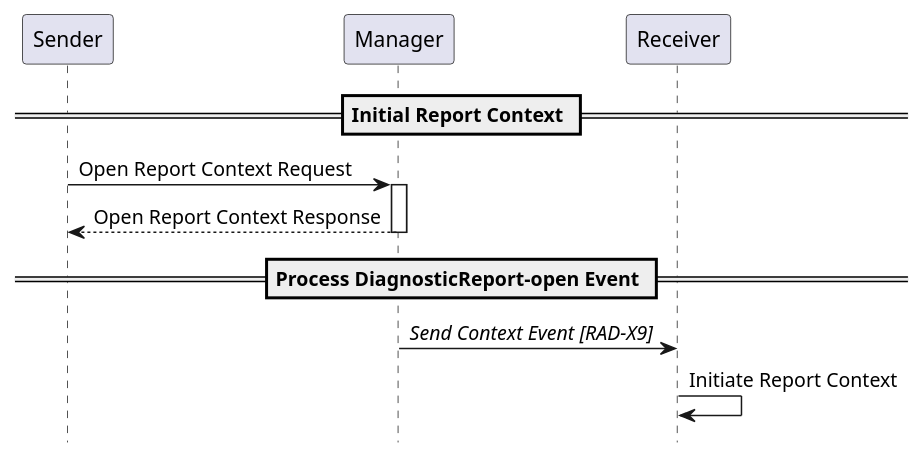
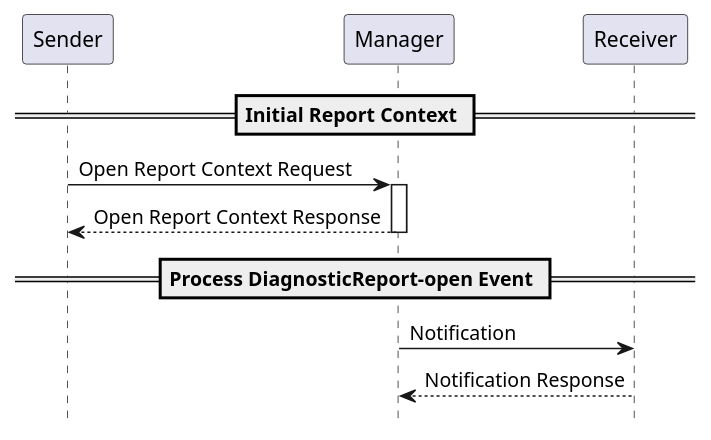
Before and after one commit to IHE/RAD.IRA: the diagram in input/images-source/rad-x3-seq.plantuml, drawn with PlantUML. The commit also changed 1 other file, not shown here.

Commit message:
Updated RAD-X3 with new structure.

```diff
--- a/input/images-source/rad-x3-seq.plantuml
+++ b/input/images-source/rad-x3-seq.plantuml
@@ -1,20 +1,20 @@
 @startuml
 
 hide footbox
 
 participant "Sender" as Sender
 participant "Manager" as Manager
 participant "Receiver" as Receiver
 
 == Initial Report Context ==
 
 Sender->Manager: Open Report Context Request
 activate Manager
 Manager-->Sender: Open Report Context Response
 deactivate Manager
 
 == Process DiagnosticReport-open Event ==
-Manager->Receiver: //Send Context Event [RAD-X9]//
-Receiver->Receiver: Initiate Report Context
+Manager->Receiver: Notification
+Receiver-->Manager: Notification Response
 
 @enduml
```
